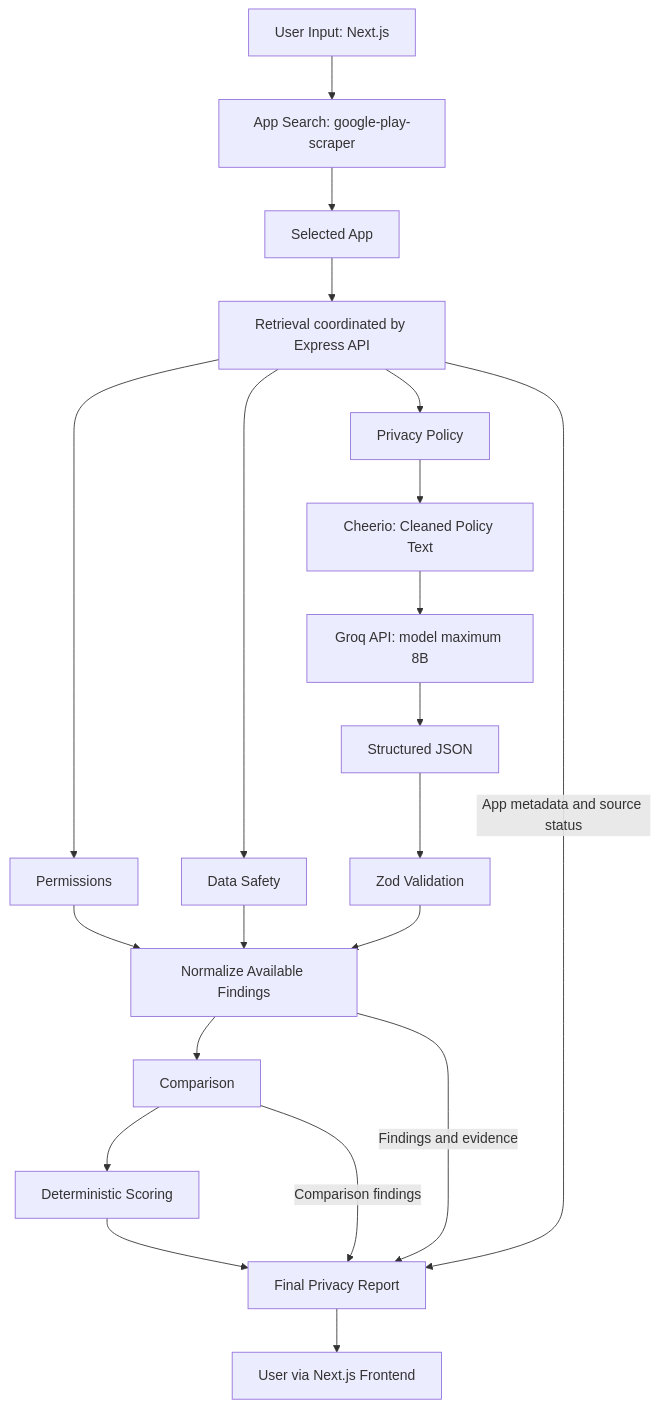
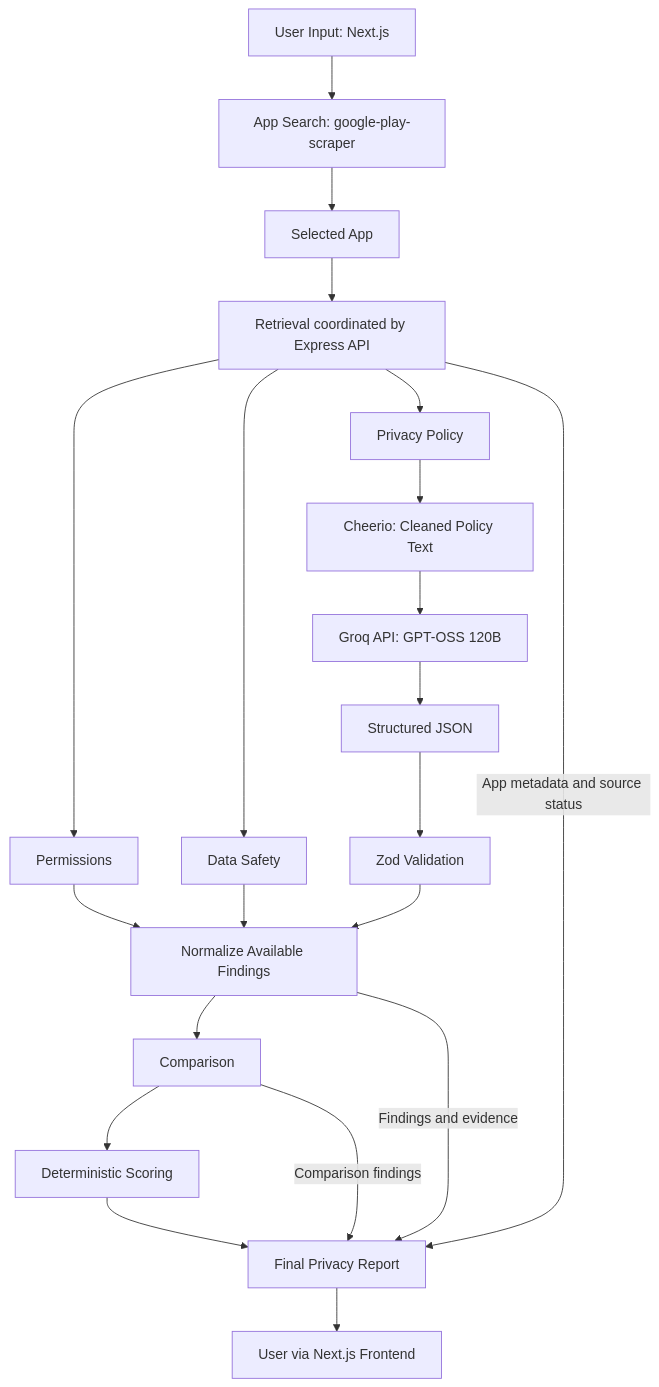
Before and after one commit to Abdullahxbytes/Priv_Labs: the second of 3 diagrams in docs/ARCHITECTURE.md, drawn with Mermaid. The commit also changed other lines of this file and 70 other files, not shown here.

````diff
--- a/docs/ARCHITECTURE.md
+++ b/docs/ARCHITECTURE.md
@@ -120,23 +120,23 @@
 ```mermaid
 flowchart TD
     I[User Input: Next.js] --> S[App Search: google-play-scraper]
     S --> A[Selected App]
     A --> R[Retrieval coordinated by Express API]
     R --> P[Permissions]
     R --> D[Data Safety]
     R --> PP[Privacy Policy]
     PP --> T[Cheerio: Cleaned Policy Text]
-    T --> AI[Groq API: model maximum 8B]
+    T --> AI[Groq API: GPT-OSS 120B]
     AI --> J[Structured JSON]
     J --> V[Zod Validation]
     P --> N[Normalize Available Findings]
     D --> N
     V --> N
     N --> C[Comparison]
     C --> SC[Deterministic Scoring]
     SC --> FR[Final Privacy Report]
     N -->|Findings and evidence| FR
     C -->|Comparison findings| FR
     R -->|App metadata and source status| FR
     FR --> U[User via Next.js Frontend]
 ```
````
